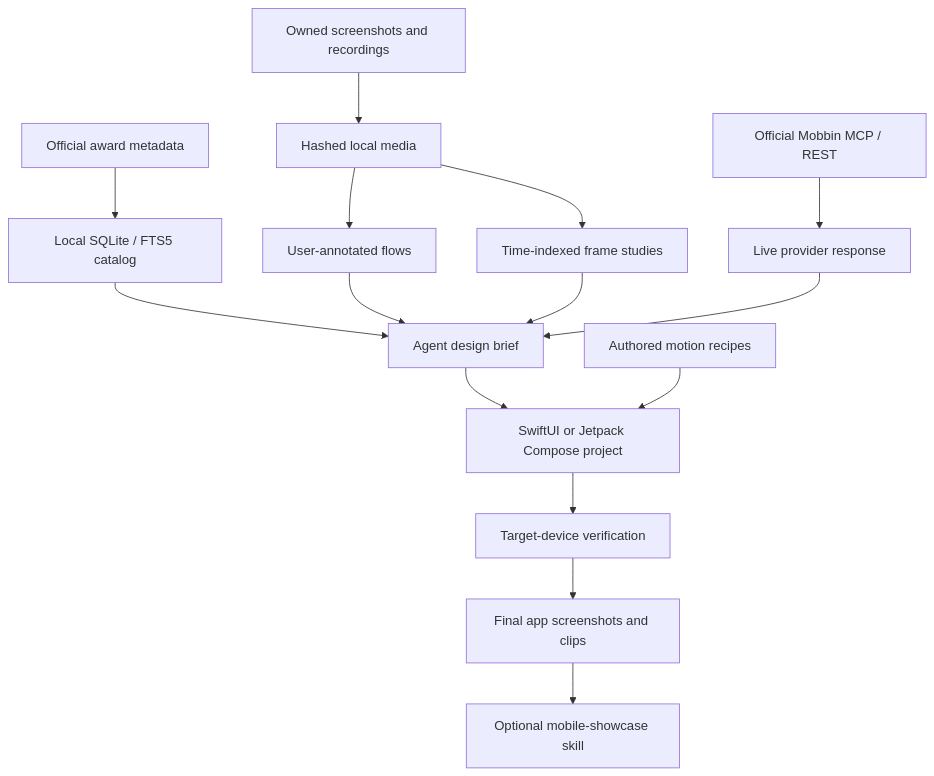
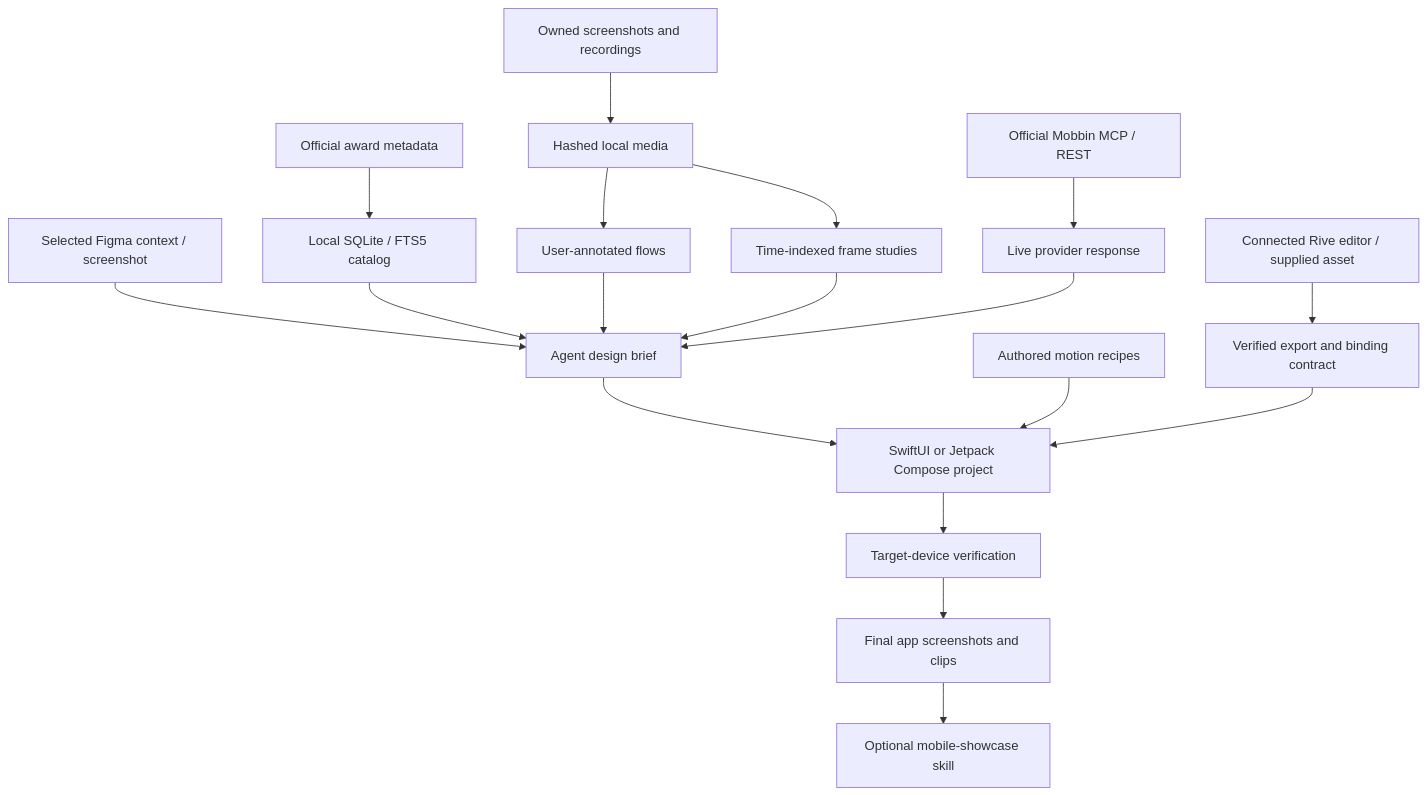
Before and after one commit to noxpublishing/mobile-design-mcp: the diagram in docs/architecture.md, drawn with Mermaid. The commit also changed other lines of this file and 46 other files, not shown here.

````diff
--- a/docs/architecture.md
+++ b/docs/architecture.md
@@ -3,17 +3,20 @@
 ```mermaid
 flowchart TD
   A[Official award metadata] --> C[Local SQLite / FTS5 catalog]
   L[Owned screenshots and recordings] --> R[Hashed local media]
   R --> F[User-annotated flows]
   R --> M[Time-indexed frame studies]
   B[Official Mobbin MCP / REST] --> V[Live provider response]
+  G[Selected Figma context / screenshot] --> D
   C --> D[Agent design brief]
   F --> D
   M --> D
   V --> D
   D --> N[SwiftUI or Jetpack Compose project]
   P[Authored motion recipes] --> N
+  E[Connected Rive editor / supplied asset] --> I[Verified export and binding contract]
+  I --> N
   N --> Q[Target-device verification]
   Q --> S[Final app screenshots and clips]
   S --> W[Optional mobile-showcase skill]
 ```
````
